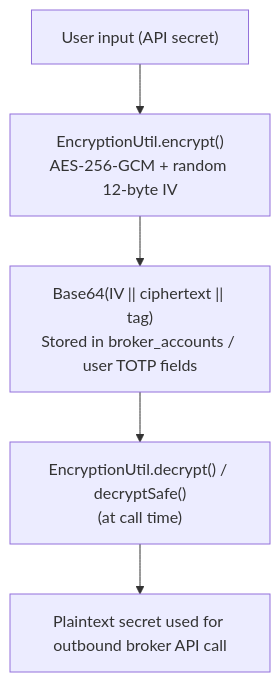
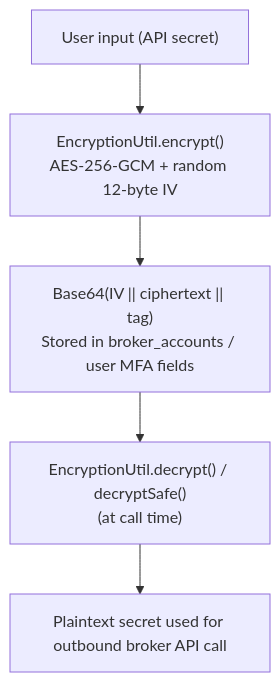
The fourth of 4 diagrams in backend/src/main/java/com/urva/myfinance/coinTrack/common/README.md (urvagandhi/coinTrack), drawn with Mermaid before and after one commit. The commit also changed other lines of this file and 76 other files, not shown here.

````diff
--- a/backend/src/main/java/com/urva/myfinance/coinTrack/common/README.md
+++ b/backend/src/main/java/com/urva/myfinance/coinTrack/common/README.md
@@ -612,7 +612,7 @@
 ```mermaid
 flowchart TD
     Input["User input (API secret)"] --> Enc["EncryptionUtil.encrypt()<br/>AES-256-GCM + random 12-byte IV"]
-    Enc --> Store["Base64(IV || ciphertext || tag)<br/>Stored in broker_accounts / user TOTP fields"]
+    Enc --> Store["Base64(IV || ciphertext || tag)<br/>Stored in broker_accounts / user MFA fields"]
     Store --> Dec["EncryptionUtil.decrypt() / decryptSafe()<br/>(at call time)"]
     Dec --> Call["Plaintext secret used for outbound broker API call"]
 ```
````
